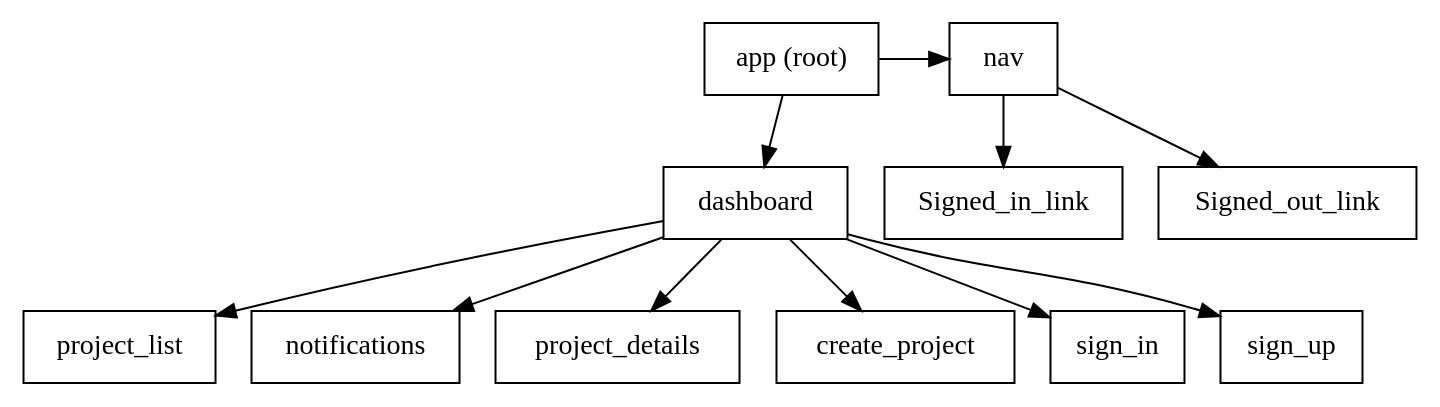
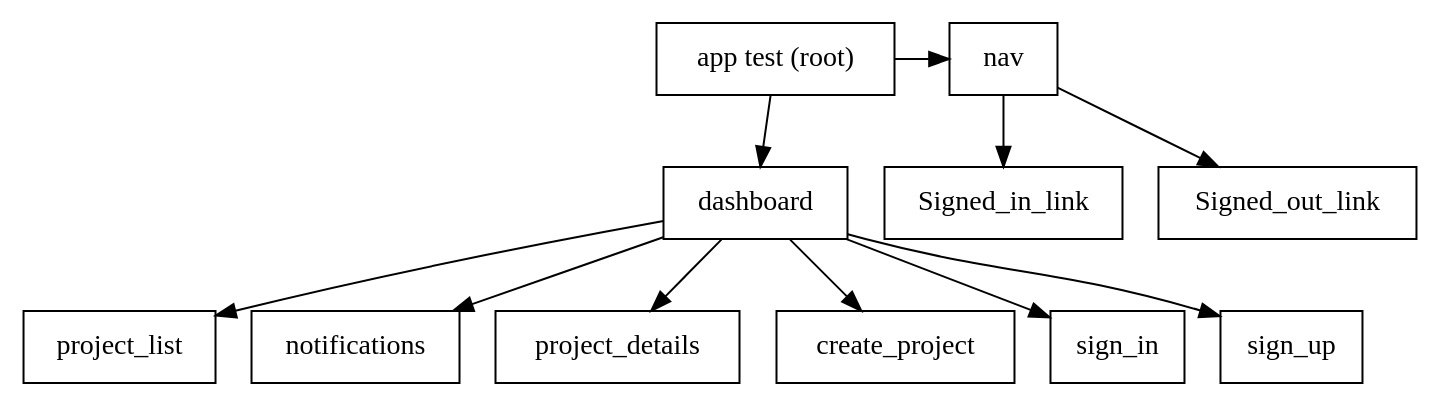
The diagram in docs/structure.dot (louiscklaw/preact-hkstock-monitor), drawn with Graphviz before and after one commit.

Commit message:
ci: update for generate site structure,

```diff
--- a/docs/structure.dot
+++ b/docs/structure.dot
@@ -1,39 +1,39 @@
 digraph D {
   node [shape=box];
 
   {
     rankdir=LR;
   }
 
-  app_root [label="app (root)"]
+  app_root [label="app test (root)"]
   nav
   dashboard
 
   {
     rank=same app_root nav;
     rankdir=LR;
   }
 
   subgraph sub_R {
     {
       rankdir=LR;
       rank=same
     }
     Signed_in_link
     Signed_out_link
     nav -> Signed_in_link
     nav -> Signed_out_link
   }
 
   subgraph sub_D {
     dashboard -> project_list
     dashboard -> notifications
     dashboard -> project_details
     dashboard -> create_project
     dashboard -> sign_in
     dashboard -> sign_up
   }
 
   app_root -> nav
   app_root -> dashboard
 }
```
